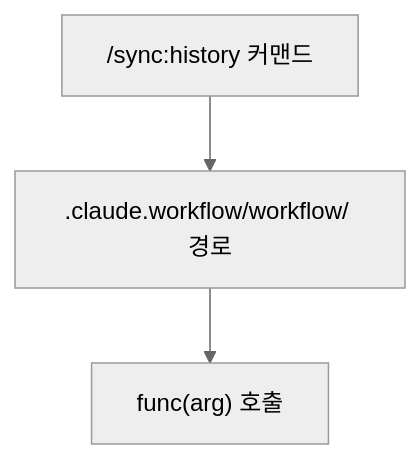
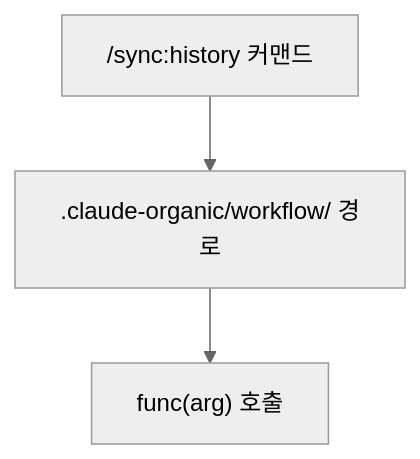
One commit to KoreanLeeChangHyun/claude-workflow changed the ninth of 15 diagrams in .claude/skills/design-mermaid-diagrams/SKILL.md. Above: the diagram before and after it, drawn with Mermaid (neutral theme). The commit also changed other lines of this file and 265 other files, not shown here.

First line of the commit message:
refactor(organic-rename): Phase 1 루트 .claude.workflow → .claude-organic

````diff
--- a/.claude/skills/design-mermaid-diagrams/SKILL.md
+++ b/.claude/skills/design-mermaid-diagrams/SKILL.md
@@ -232,5 +232,5 @@
 ```mermaid
 flowchart TD
-    A["#sol;sync:history 커맨드"] --> B[".claude.workflow/workflow/ 경로"]
+    A["#sol;sync:history 커맨드"] --> B[".claude-organic/workflow/ 경로"]
     B --> C["func(arg) 호출"]
 ```
````
